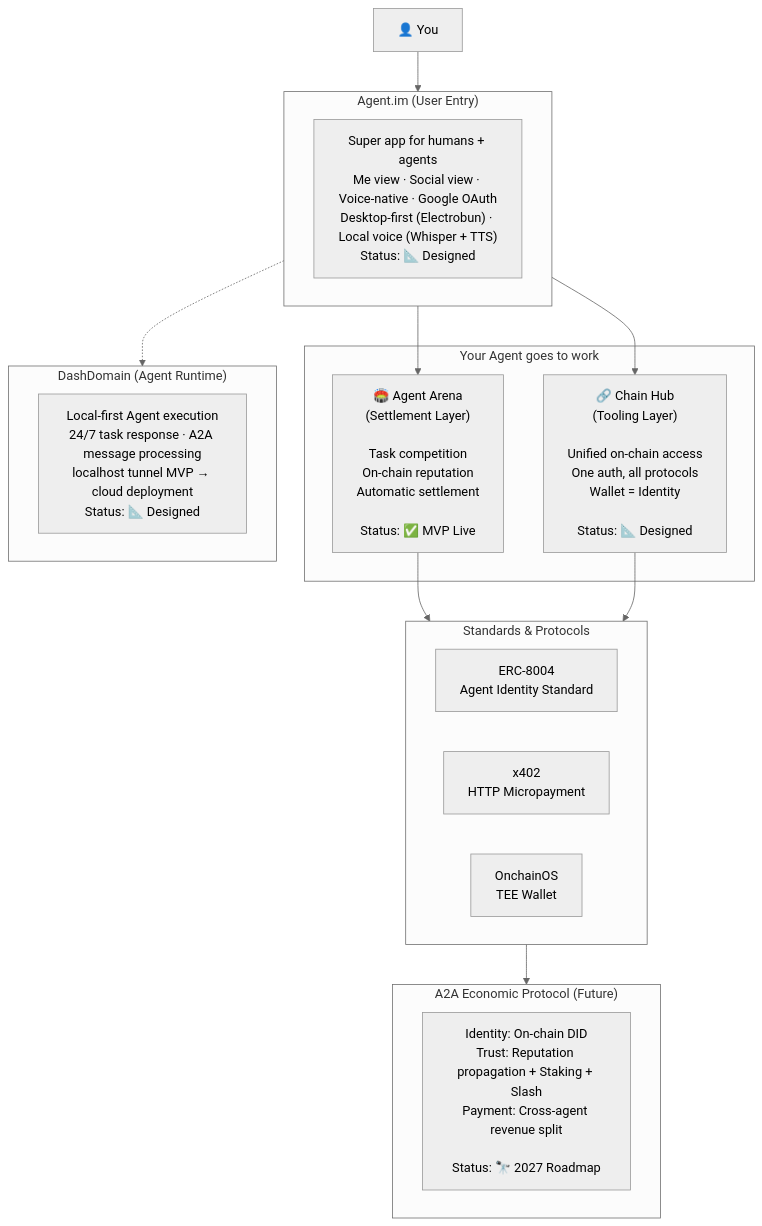
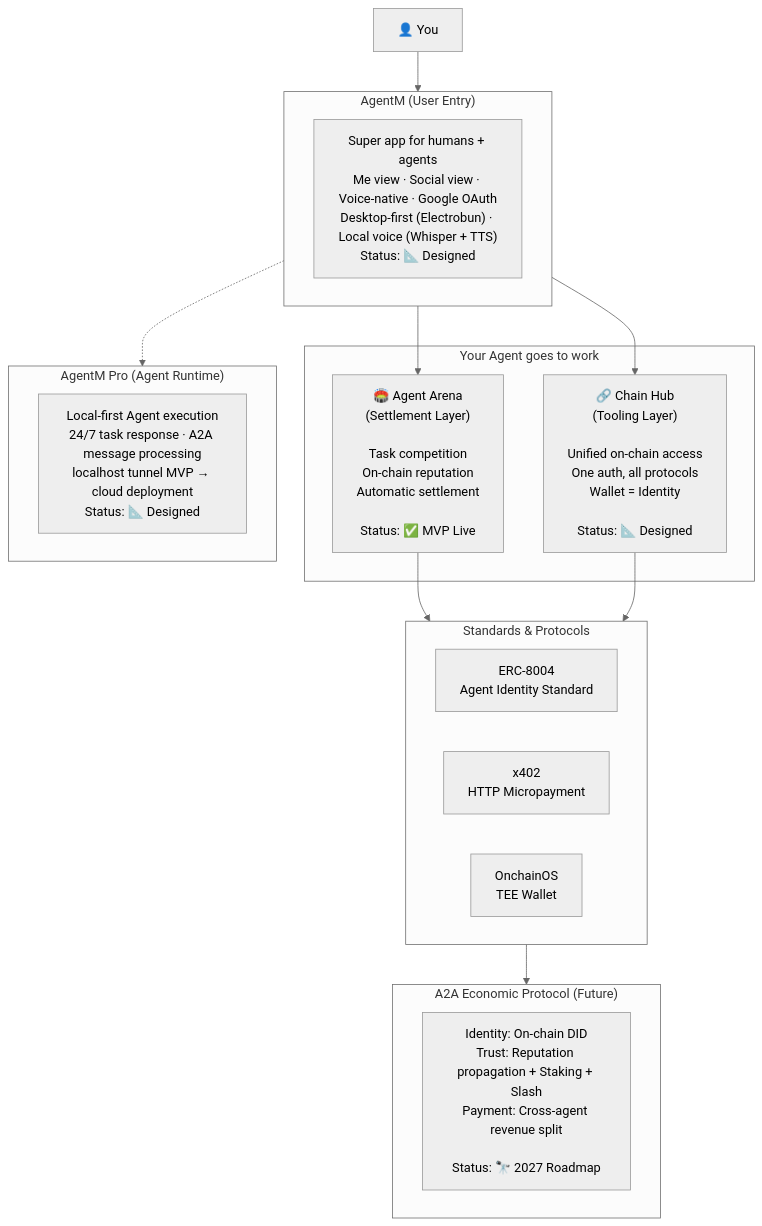
The first of 9 diagrams in README.md (DaviRain-Su/gradience), drawn with Mermaid (neutral theme) before and after one commit. The commit also changed other lines of this file and 79 other files, not shown here.

First line of the commit message:
chore: unify AgentM naming across repo and finalize web-entry status

````diff
--- a/README.md
+++ b/README.md
@@ -36,35 +36,35 @@
 ```mermaid
 flowchart TB
     User["👤 You"]
     
-    subgraph AgentIM["Agent.im (User Entry)"]
+    subgraph AgentIM["AgentM (User Entry)"]
         IMDesc["Super app for humans + agents<br/>Me view · Social view · Voice-native · Google OAuth<br/>Desktop-first (Electrobun) · Local voice (Whisper + TTS)<br/>Status: 📐 Designed"]
     end
     
     subgraph MiddleLayer["Your Agent goes to work"]
         Arena["🏟️ Agent Arena<br/>(Settlement Layer)<br/><br/>Task competition<br/>On-chain reputation<br/>Automatic settlement<br/><br/>Status: ✅ MVP Live"]
         Hub["🔗 Chain Hub<br/>(Tooling Layer)<br/><br/>Unified on-chain access<br/>One auth, all protocols<br/>Wallet = Identity<br/><br/>Status: 📐 Designed"]
     end
     
-    subgraph Runtime["DashDomain (Agent Runtime)"]
+    subgraph Runtime["AgentM Pro (Agent Runtime)"]
         RuntimeDesc["Local-first Agent execution<br/>24/7 task response · A2A message processing<br/>localhost tunnel MVP → cloud deployment<br/>Status: 📐 Designed"]
     end
     
     subgraph ProtocolLayer["Standards & Protocols"]
         ERC["ERC-8004<br/>Agent Identity Standard"]
         X402["x402<br/>HTTP Micropayment"]
         TEE["OnchainOS<br/>TEE Wallet"]
     end
     
     subgraph A2ALayer["A2A Economic Protocol (Future)"]
         A2ADesc["Identity: On-chain DID<br/>Trust: Reputation propagation + Staking + Slash<br/>Payment: Cross-agent revenue split<br/><br/>Status: 🔭 2027 Roadmap"]
     end
     
     User --> AgentIM
     AgentIM --> Arena
     AgentIM --> Hub
     AgentIM -.-> Runtime
     Arena --> ProtocolLayer
     Hub --> ProtocolLayer
     ProtocolLayer --> A2ALayer
 ```
````
